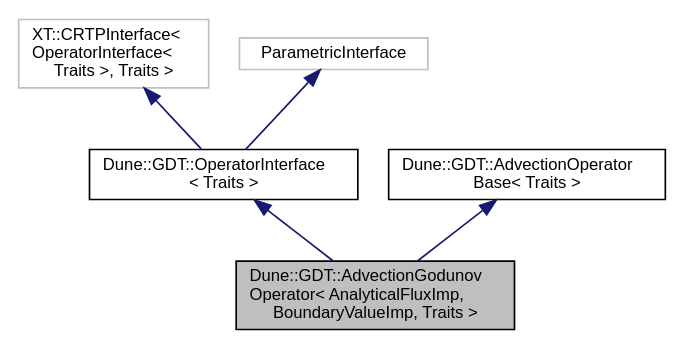
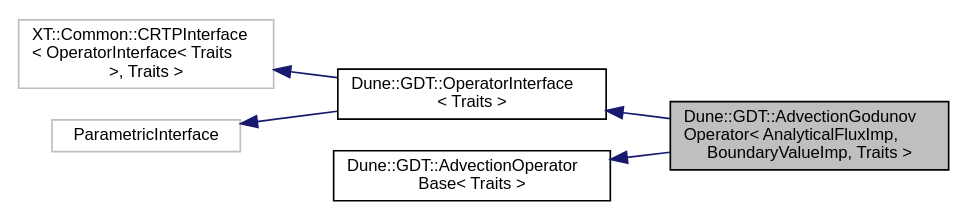
One commit to dune-community/dune-community.github.io changed the diagram in docs/dune-gdt/master/a01864.dot. Above: the diagram before and after it, drawn with Graphviz. The commit also changed 1147 other files, not shown here.

```diff
--- a/docs/dune-gdt/master/a01864.dot
+++ b/docs/dune-gdt/master/a01864.dot
@@ -1,14 +1,15 @@
 digraph "Dune::GDT::AdvectionGodunovOperator&lt; AnalyticalFluxImp, BoundaryValueImp, Traits &gt;"
 {
   edge [fontname="Helvetica",fontsize="10",labelfontname="Helvetica",labelfontsize="10"];
   node [fontname="Helvetica",fontsize="10",shape=record];
+  rankdir="LR";
   Node0 [label="Dune::GDT::AdvectionGodunov\lOperator\< AnalyticalFluxImp,\l BoundaryValueImp, Traits \>",height=0.2,width=0.4,color="black", fillcolor="grey75", style="filled", fontcolor="black"];
   Node1 -> Node0 [dir="back",color="midnightblue",fontsize="10",style="solid",fontname="Helvetica"];
   Node1 [label="Dune::GDT::OperatorInterface\l\< Traits \>",height=0.2,width=0.4,color="black", fillcolor="white", style="filled",URL="$a02117.html"];
   Node2 -> Node1 [dir="back",color="midnightblue",fontsize="10",style="solid",fontname="Helvetica"];
-  Node2 [label="XT::CRTPInterface\<\l OperatorInterface\<\l Traits \>, Traits \>",height=0.2,width=0.4,color="grey75", fillcolor="white", style="filled"];
+  Node2 [label="XT::Common::CRTPInterface\l\< OperatorInterface\< Traits\l \>, Traits \>",height=0.2,width=0.4,color="grey75", fillcolor="white", style="filled"];
   Node3 -> Node1 [dir="back",color="midnightblue",fontsize="10",style="solid",fontname="Helvetica"];
   Node3 [label="ParametricInterface",height=0.2,width=0.4,color="grey75", fillcolor="white", style="filled"];
   Node4 -> Node0 [dir="back",color="midnightblue",fontsize="10",style="solid",fontname="Helvetica"];
   Node4 [label="Dune::GDT::AdvectionOperator\lBase\< Traits \>",height=0.2,width=0.4,color="black", fillcolor="white", style="filled",URL="$a01853.html"];
 }
```
